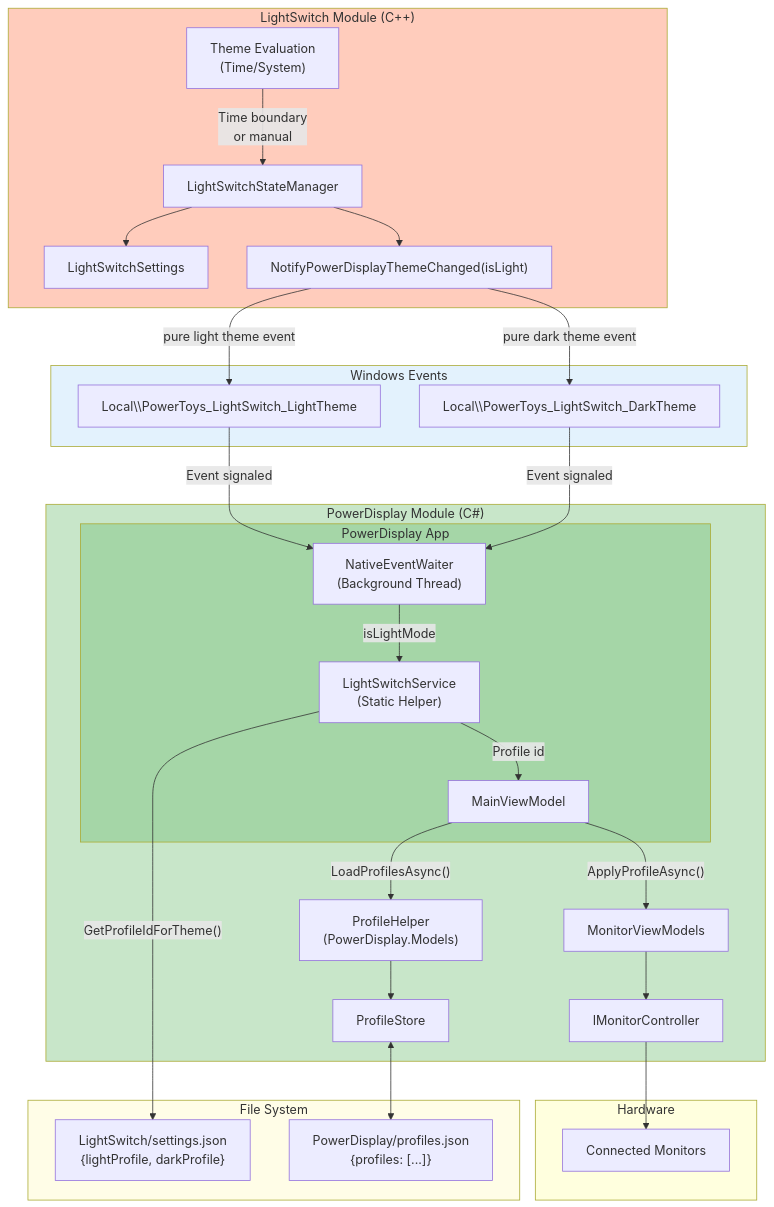
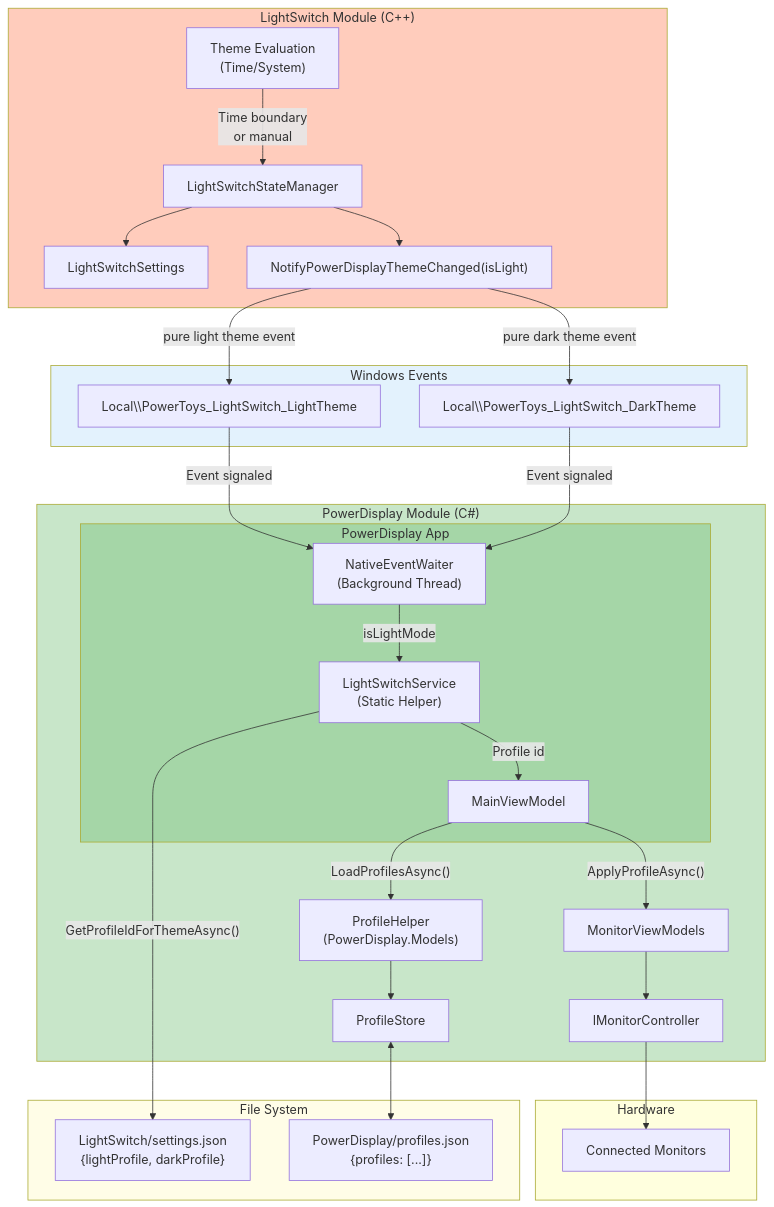
Diagram 13 of 23 in doc/devdocs/modules/powerdisplay/design.md (microsoft/PowerToys), drawn with Mermaid before and after one commit. The commit also changed other lines of this file and 54 other files, not shown here.

````diff
--- a/doc/devdocs/modules/powerdisplay/design.md
+++ b/doc/devdocs/modules/powerdisplay/design.md
@@ -1143,62 +1143,62 @@
 ```mermaid
 flowchart TB
     subgraph LightSwitchModule["LightSwitch Module (C++)"]
         StateManager["LightSwitchStateManager"]
         ThemeEval["Theme Evaluation<br/>(Time/System)"]
         LightSwitchSettings["LightSwitchSettings"]
         NotifyPD["NotifyPowerDisplayThemeChanged(isLight)"]
     end
 
     subgraph PowerDisplayModule["PowerDisplay Module (C#)"]
         subgraph App["PowerDisplay App"]
             EventWaiter["NativeEventWaiter<br/>(Background Thread)"]
             LightSwitchSvc["LightSwitchService<br/>(Static Helper)"]
             MainViewModel["MainViewModel"]
         end
 
         ProfileHelper["ProfileHelper<br/>(PowerDisplay.Models)"]
         ProfileStore["ProfileStore"]
         MonitorVMs["MonitorViewModels"]
         Controllers["IMonitorController"]
     end
 
     subgraph WindowsEvents["Windows Events"]
         LightEvent["Local\\PowerToys_LightSwitch_LightTheme"]
         DarkEvent["Local\\PowerToys_LightSwitch_DarkTheme"]
     end
 
     subgraph FileSystem["File System"]
         LSSettingsJson["LightSwitch/settings.json<br/>{lightProfile, darkProfile}"]
         PDProfilesJson["PowerDisplay/profiles.json<br/>{profiles: [...]}"]
     end
 
     subgraph Hardware["Hardware"]
         Monitors["Connected Monitors"]
     end
 
     %% LightSwitch flow
     ThemeEval -->|"Time boundary<br/>or manual"| StateManager
     StateManager --> LightSwitchSettings
     StateManager --> NotifyPD
     NotifyPD -->|"pure light theme event"| LightEvent
     NotifyPD -->|"pure dark theme event"| DarkEvent
 
     %% PowerDisplay flow - theme determined from event
     LightEvent -->|"Event signaled"| EventWaiter
     DarkEvent -->|"Event signaled"| EventWaiter
     EventWaiter -->|"isLightMode"| LightSwitchSvc
-    LightSwitchSvc -->|"GetProfileIdForTheme()"| LSSettingsJson
+    LightSwitchSvc -->|"GetProfileIdForThemeAsync()"| LSSettingsJson
     LightSwitchSvc -->|"Profile id"| MainViewModel
     MainViewModel -->|"LoadProfilesAsync()"| ProfileHelper
     ProfileHelper --> ProfileStore
     ProfileStore <--> PDProfilesJson
     MainViewModel -->|"ApplyProfileAsync()"| MonitorVMs
     MonitorVMs --> Controllers
     Controllers --> Monitors
 
     style LightSwitchModule fill:#ffccbc
     style PowerDisplayModule fill:#c8e6c9
     style App fill:#a5d6a7
     style WindowsEvents fill:#e3f2fd
     style FileSystem fill:#fffde7
 ```
````
